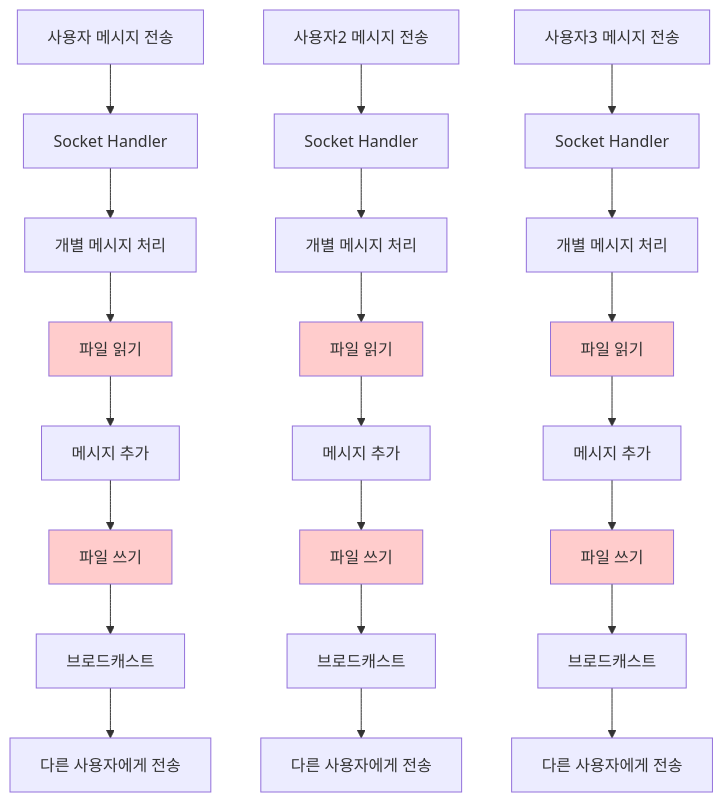
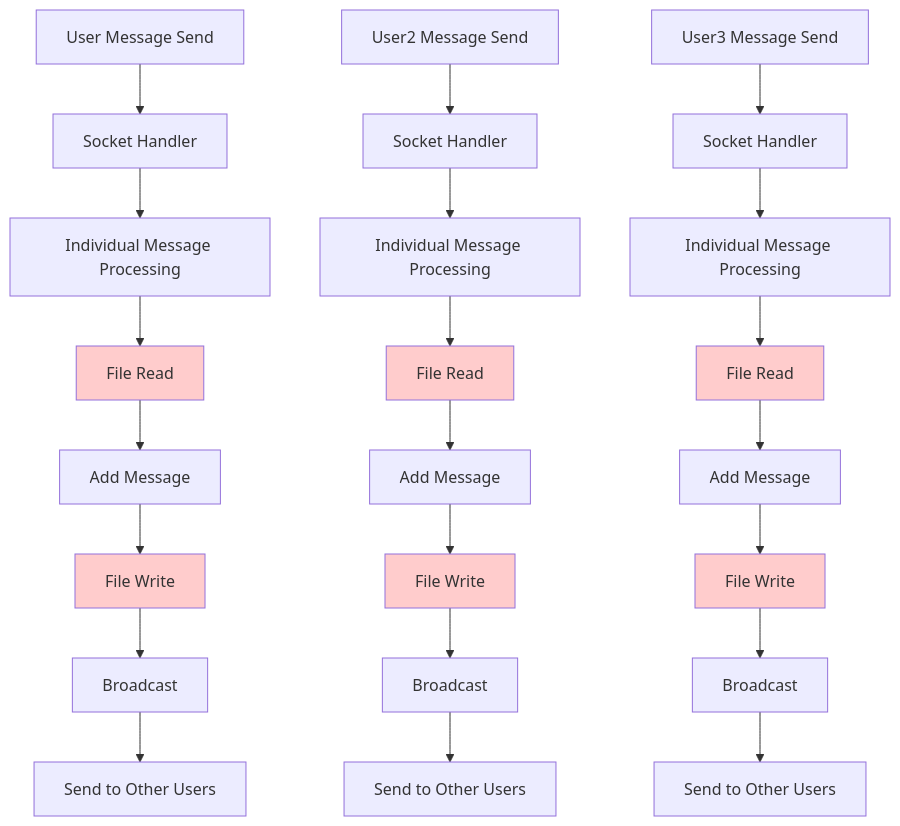
The first of 4 diagrams in FINAL_PERFORMANCE_SOLUTION.md (JeEonPark/observability-minitalk), drawn with Mermaid before and after one commit. The commit also changed other lines of this file and 1 other file, not shown here.

````diff
--- a/FINAL_PERFORMANCE_SOLUTION.md
+++ b/FINAL_PERFORMANCE_SOLUTION.md
@@ -44,33 +44,33 @@
 ```mermaid
 graph TD
-    A[사용자 메시지 전송] --> B[Socket Handler]
-    B --> C[개별 메시지 처리]
-    C --> D[파일 읽기]
-    D --> E[메시지 추가]
-    E --> F[파일 쓰기]
-    F --> G[브로드캐스트]
-    G --> H[다른 사용자에게 전송]
+    A[User Message Send] --> B[Socket Handler]
+    B --> C[Individual Message Processing]
+    C --> D[File Read]
+    D --> E[Add Message]
+    E --> F[File Write]
+    F --> G[Broadcast]
+    G --> H[Send to Other Users]
     
-    I[사용자2 메시지 전송] --> J[Socket Handler]
-    J --> K[개별 메시지 처리]
-    K --> L[파일 읽기]
-    L --> M[메시지 추가]
-    M --> N[파일 쓰기]
-    N --> O[브로드캐스트]
-    O --> P[다른 사용자에게 전송]
+    I[User2 Message Send] --> J[Socket Handler]
+    J --> K[Individual Message Processing]
+    K --> L[File Read]
+    L --> M[Add Message]
+    M --> N[File Write]
+    N --> O[Broadcast]
+    O --> P[Send to Other Users]
     
-    Q[사용자3 메시지 전송] --> R[Socket Handler]
-    R --> S[개별 메시지 처리]
-    S --> T[파일 읽기]
-    T --> U[메시지 추가]
-    U --> V[파일 쓰기]
-    V --> W[브로드캐스트]
-    W --> X[다른 사용자에게 전송]
+    Q[User3 Message Send] --> R[Socket Handler]
+    R --> S[Individual Message Processing]
+    S --> T[File Read]
+    T --> U[Add Message]
+    U --> V[File Write]
+    V --> W[Broadcast]
+    W --> X[Send to Other Users]
     
     style D fill:#ffcccc
     style F fill:#ffcccc
     style L fill:#ffcccc
     style N fill:#ffcccc
     style T fill:#ffcccc
     style V fill:#ffcccc
 ```
````
